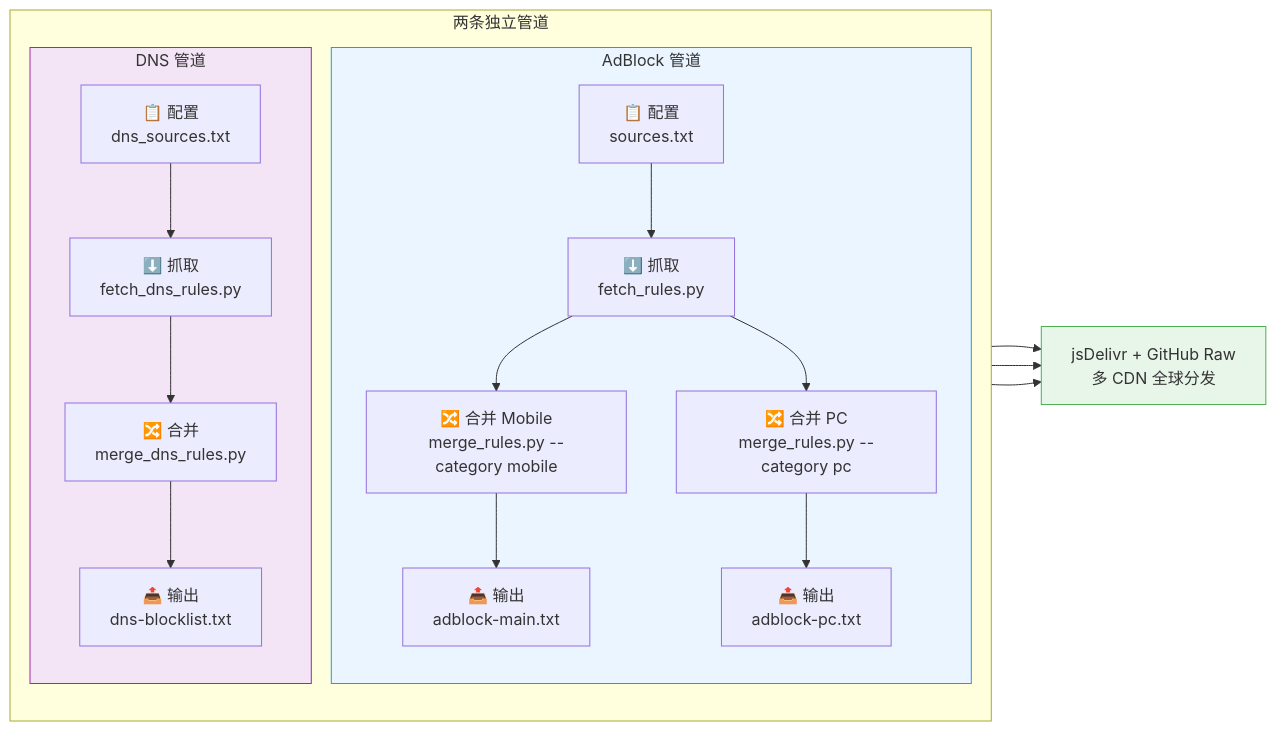
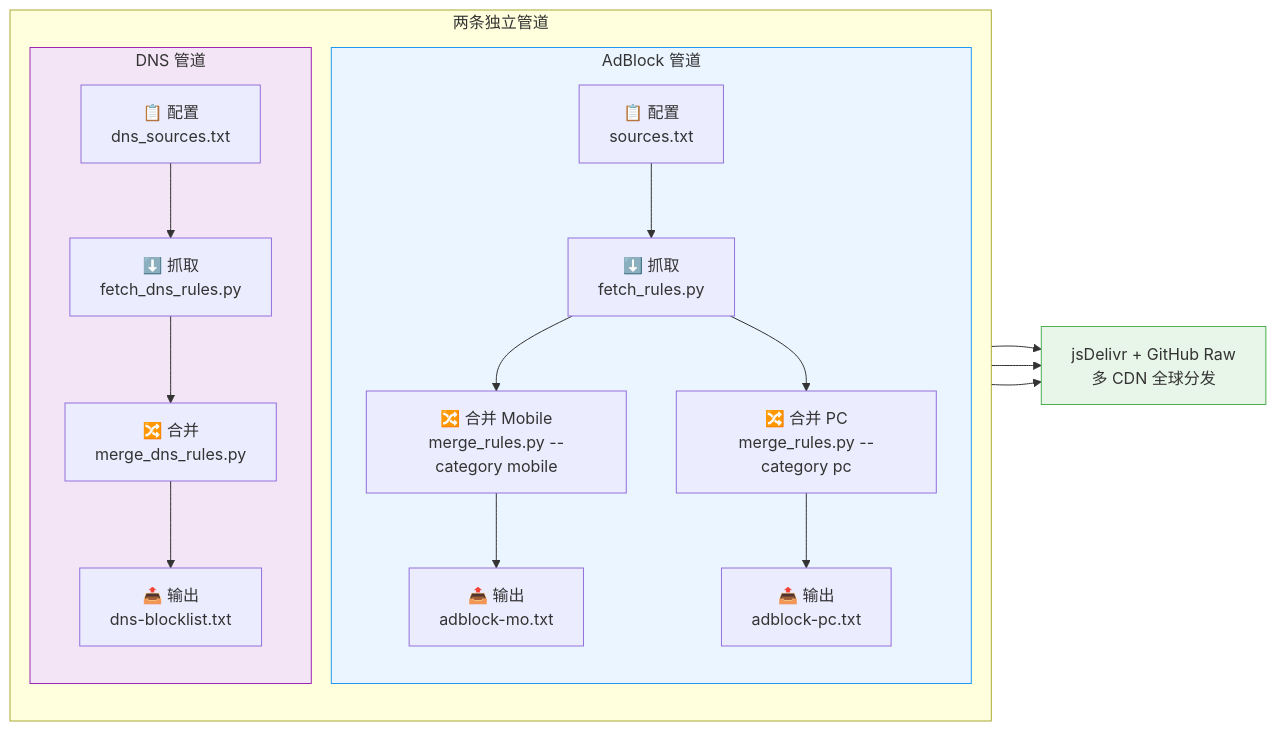
The first of 2 diagrams in README.md (Chaniug/FilterFusion), drawn with Mermaid before and after one commit. The commit also changed other lines of this file and 9 other files, not shown here.

````diff
--- a/README.md
+++ b/README.md
@@ -152,25 +152,25 @@
 ```mermaid
 flowchart LR
     subgraph PIPE["两条独立管道"]
         direction TB
         subgraph AD["AdBlock 管道"]
             A1["📋 配置<br/>sources.txt"] --> A2["⬇️ 抓取<br/>fetch_rules.py"]
             A2 --> A3a["🔀 合并 Mobile<br/>merge_rules.py --category mobile"]
             A2 --> A3b["🔀 合并 PC<br/>merge_rules.py --category pc"]
-            A3a --> A4a["📤 输出<br/>adblock-main.txt"]
+            A3a --> A4a["📤 输出<br/>adblock-mo.txt"]
             A3b --> A4b["📤 输出<br/>adblock-pc.txt"]
         end
         subgraph DNS["DNS 管道"]
             D1["📋 配置<br/>dns_sources.txt"] --> D2["⬇️ 抓取<br/>fetch_dns_rules.py"]
             D2 --> D3["🔀 合并<br/>merge_dns_rules.py"]
             D3 --> D4["📤 输出<br/>dns-blocklist.txt"]
         end
     end
     A4a --> CDN["jsDelivr + GitHub Raw<br/>多 CDN 全球分发"]
     A4b --> CDN
     D4 --> CDN
 
     style AD fill:#ebf5ff,stroke:#2196f3
     style DNS fill:#f3e5f5,stroke:#9c27b0
     style CDN fill:#e8f5e9,stroke:#4caf50
 ```
````
